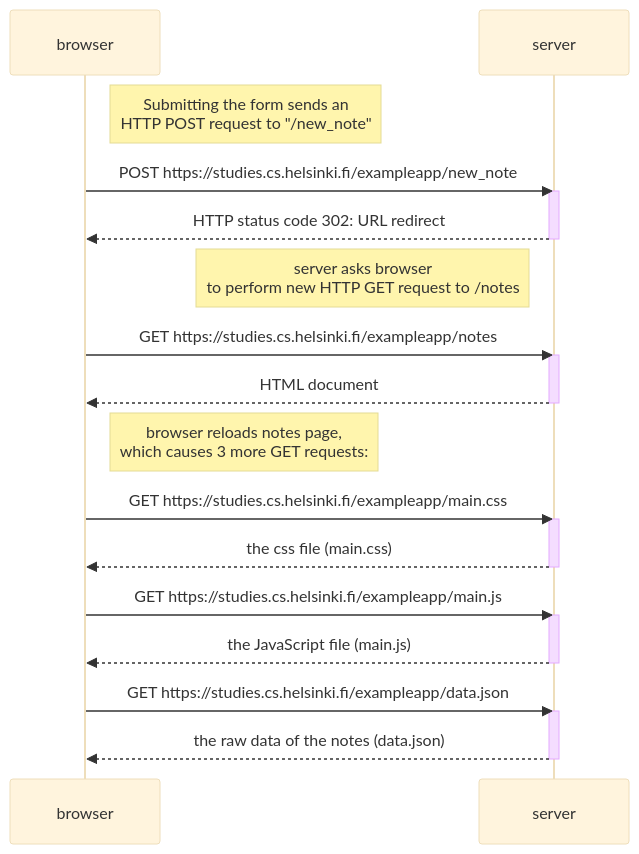
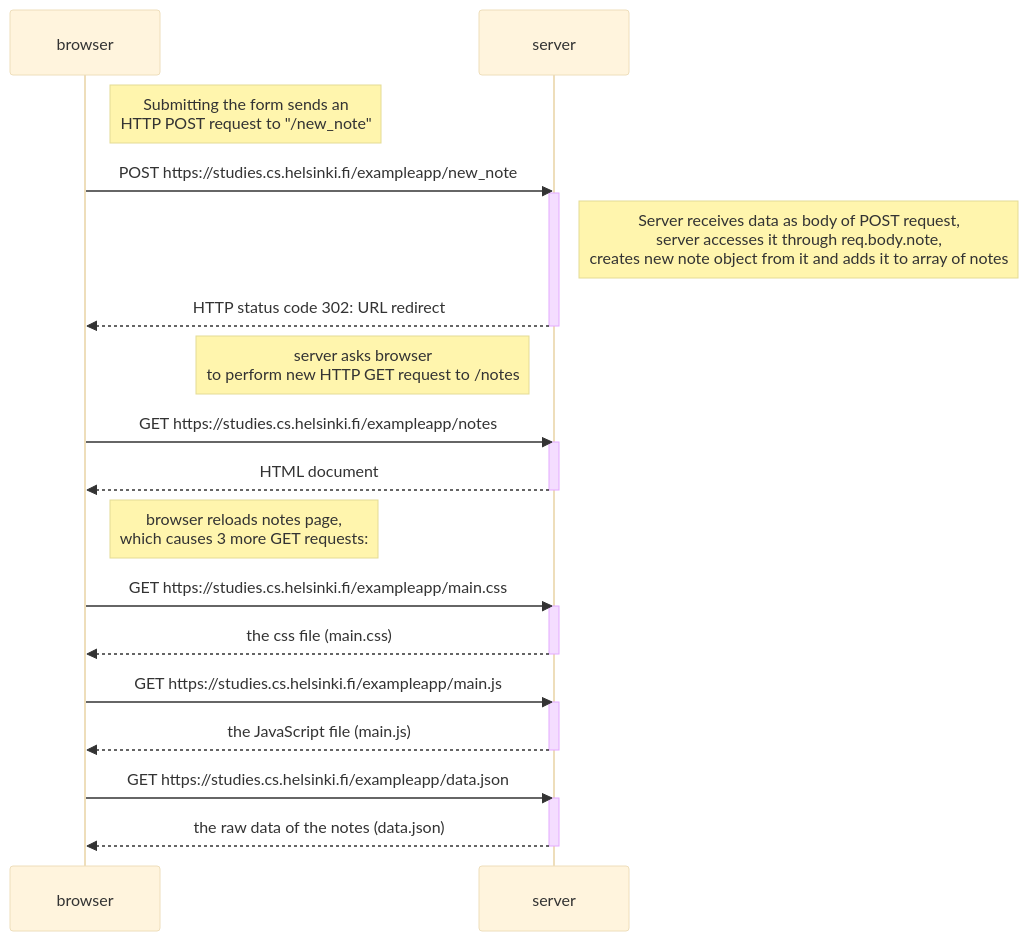
One commit to valli259/Fullstack-exercises changed the diagram in part0/exercise0-4.md. Above: the diagram before and after it, drawn with Mermaid (base theme).

````diff
--- a/part0/exercise0-4.md
+++ b/part0/exercise0-4.md
@@ -1,33 +1,34 @@
 ```mermaid
   sequenceDiagram
     participant browser
     participant server
 Note right of browser: Submitting the form sends an <br>HTTP POST request to "/new_note"
     browser->>server: POST https://studies.cs.helsinki.fi/exampleapp/new_note
     activate server
+Note right of server: Server receives data as body of POST request,<br> server accesses it through req.body.note, <br>creates new note object from it and adds it to array of notes
     server-->>browser: HTTP status code 302: URL redirect
     deactivate server
     Note left of server: server asks browser <br> to perform new HTTP GET request to /notes
 
 
     browser->>server: GET https://studies.cs.helsinki.fi/exampleapp/notes
     activate server
     server-->>browser: HTML document
     deactivate server
 Note right of browser: browser reloads notes page,<br> which causes 3 more GET requests:
 
     browser->>server: GET https://studies.cs.helsinki.fi/exampleapp/main.css
     activate server
     server-->>browser: the css file (main.css)
     deactivate server
 
     browser->>server: GET https://studies.cs.helsinki.fi/exampleapp/main.js
     activate server
     server-->>browser: the JavaScript file (main.js)
     deactivate server
 
     browser->>server: GET https://studies.cs.helsinki.fi/exampleapp/data.json
 activate server
 server-->>browser: the raw data of the notes (data.json)
 deactivate server
 ```
````
